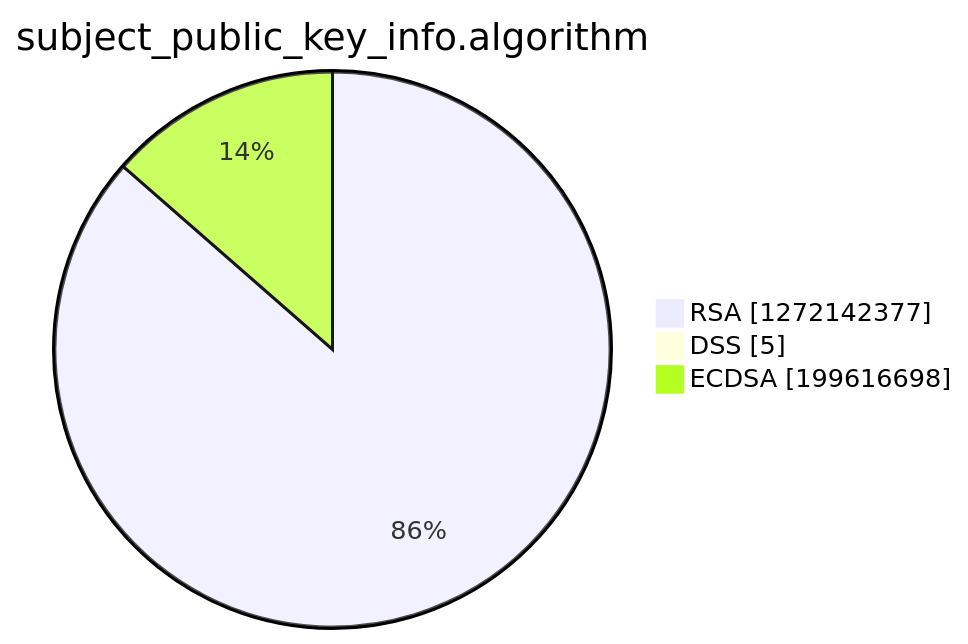
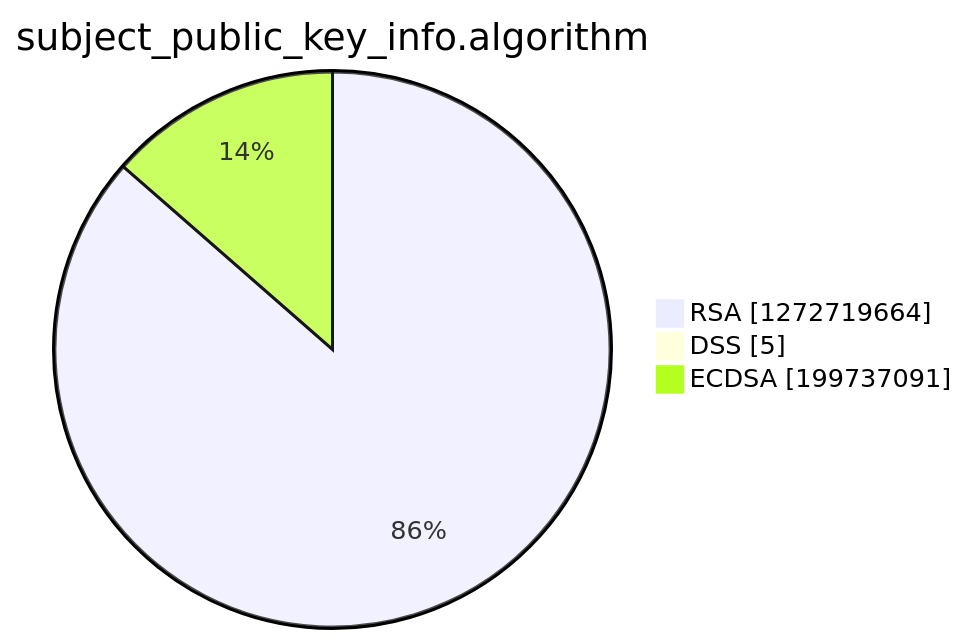
Before and after one commit to christiankrug/ctmonitor_visualization: the third of 15 diagrams in argon2022/README.md, drawn with Mermaid. The commit also changed other lines of this file, not shown here.

````diff
--- a/argon2022/README.md
+++ b/argon2022/README.md
@@ -14,7 +14,7 @@
 ```mermaid
 pie showData
 title subject_public_key_info.algorithm
-"RSA" :1272142377
+"RSA" :1272719664
 "DSS" :5
-"ECDSA" :199616698
+"ECDSA" :199737091
 ```
````
